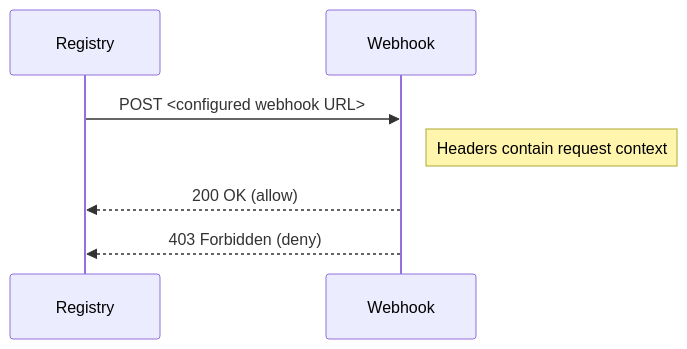
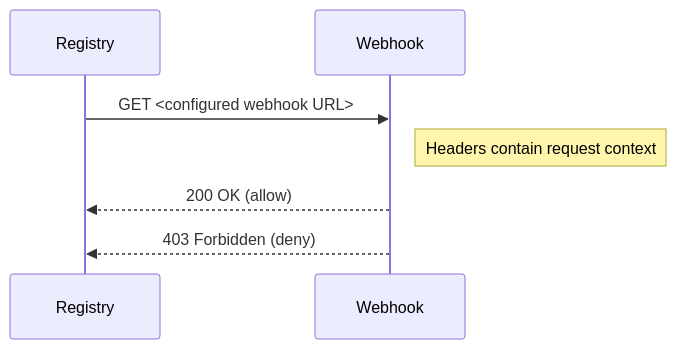
One commit to project-angos/angos changed the third of 3 diagrams in doc/explanation/authentication-authorization.md. Above: the diagram before and after it, drawn with Mermaid. The commit also changed 5 other files, not shown here.

````diff
--- a/doc/explanation/authentication-authorization.md
+++ b/doc/explanation/authentication-authorization.md
@@ -305,10 +305,10 @@
 ```mermaid
 sequenceDiagram
     participant Registry
     participant Webhook
 
-    Registry->>Webhook: POST <configured webhook URL>
+    Registry->>Webhook: GET <configured webhook URL>
     Note right of Webhook: Headers contain request context
     Webhook-->>Registry: 200 OK (allow)
     Webhook-->>Registry: 403 Forbidden (deny)
 ```
````
